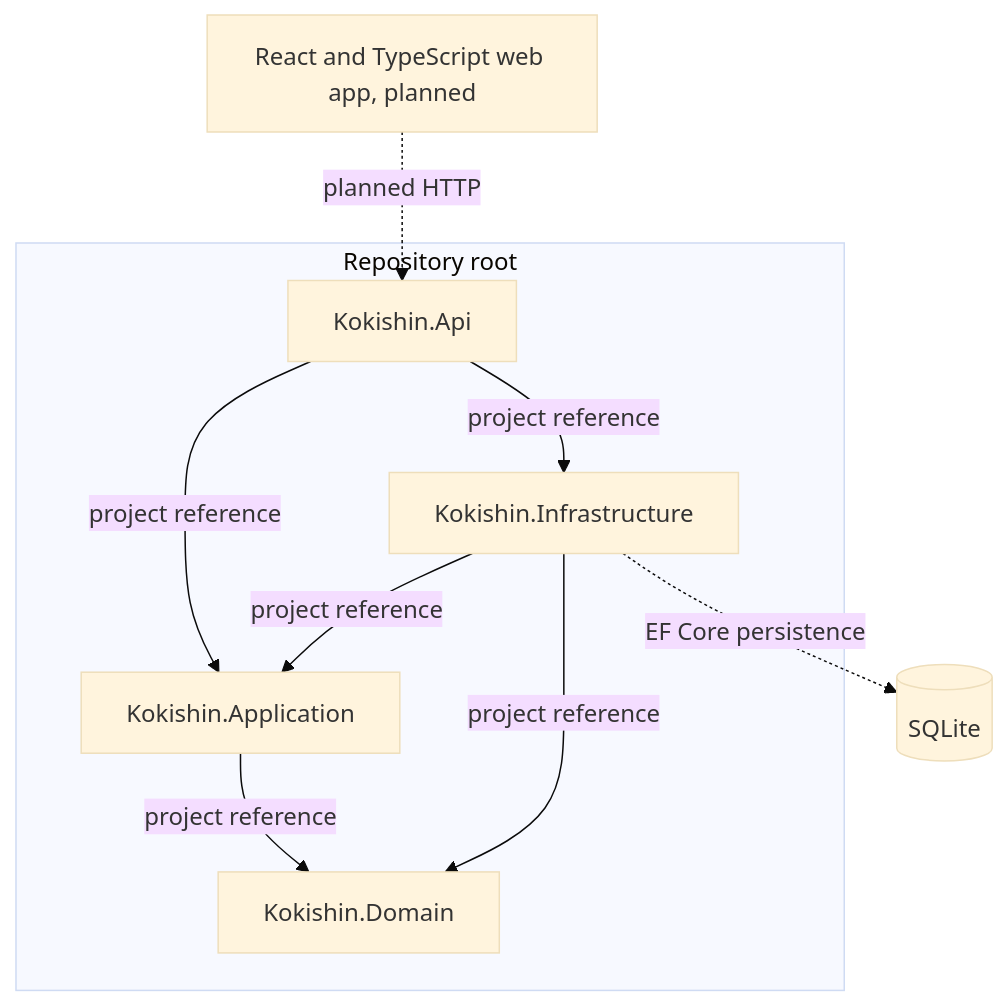
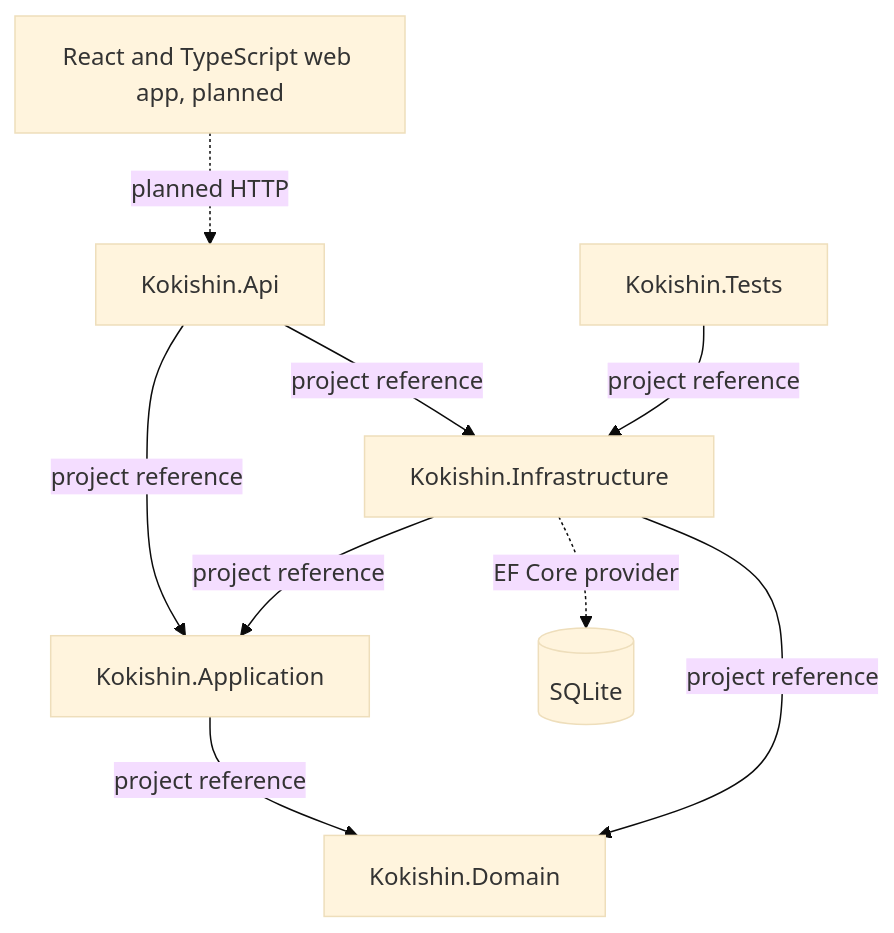
The diagram in docs/uml/component-diagram.md (ithas2bee/Kokishin), drawn with Mermaid (base theme) before and after one commit. The commit also changed other lines of this file and 1 other file, not shown here.

Commit message:
Update solution project order and architecture diagram

````diff
--- a/docs/uml/component-diagram.md
+++ b/docs/uml/component-diagram.md
@@ -7,18 +7,18 @@
 ```mermaid
 flowchart TB
     Browser[React and TypeScript web app, planned] -.->|planned HTTP| API
-    subgraph Repository root
-        API[Kokishin.Api]
-        Application[Kokishin.Application]
-        Domain[Kokishin.Domain]
-        Infrastructure[Kokishin.Infrastructure]
-    end
+    API[Kokishin.Api]
+    Application[Kokishin.Application]
+    Domain[Kokishin.Domain]
+    Infrastructure[Kokishin.Infrastructure]
+    Tests[Kokishin.Tests]
     Database[(SQLite)]
 
     API -->|project reference| Application
     API -->|project reference| Infrastructure
     Application -->|project reference| Domain
     Infrastructure -->|project reference| Application
     Infrastructure -->|project reference| Domain
-    Infrastructure -.->|EF Core persistence| Database
+    Tests -->|project reference| Infrastructure
+    Infrastructure -.->|EF Core provider| Database
 ```
````
